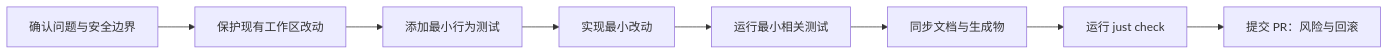
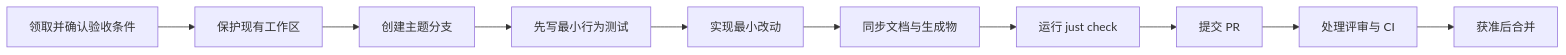
The diagram in droid-wiki/how-to-contribute/index.md (oldwinter/herdr-orchestrator), drawn with Mermaid before and after one commit. The commit also changed other lines of this file and 62 other files, not shown here.

````diff
--- a/droid-wiki/how-to-contribute/index.md
+++ b/droid-wiki/how-to-contribute/index.md
@@ -29,10 +43,12 @@
 ```mermaid
 flowchart LR
-    A[确认问题与安全边界] --> B[保护现有工作区改动]
-    B --> C[添加最小行为测试]
-    C --> D[实现最小改动]
-    D --> E[运行最小相关测试]
+    A[领取并确认验收条件] --> B[保护现有工作区]
+    B --> C[创建主题分支]
+    C --> D[先写最小行为测试]
+    D --> E[实现最小改动]
     E --> F[同步文档与生成物]
     F --> G[运行 just check]
-    G --> H[提交 PR：风险与回滚]
+    G --> H[提交 PR]
+    H --> I[处理评审与 CI]
+    I --> J[获准后合并]
 ```
````
